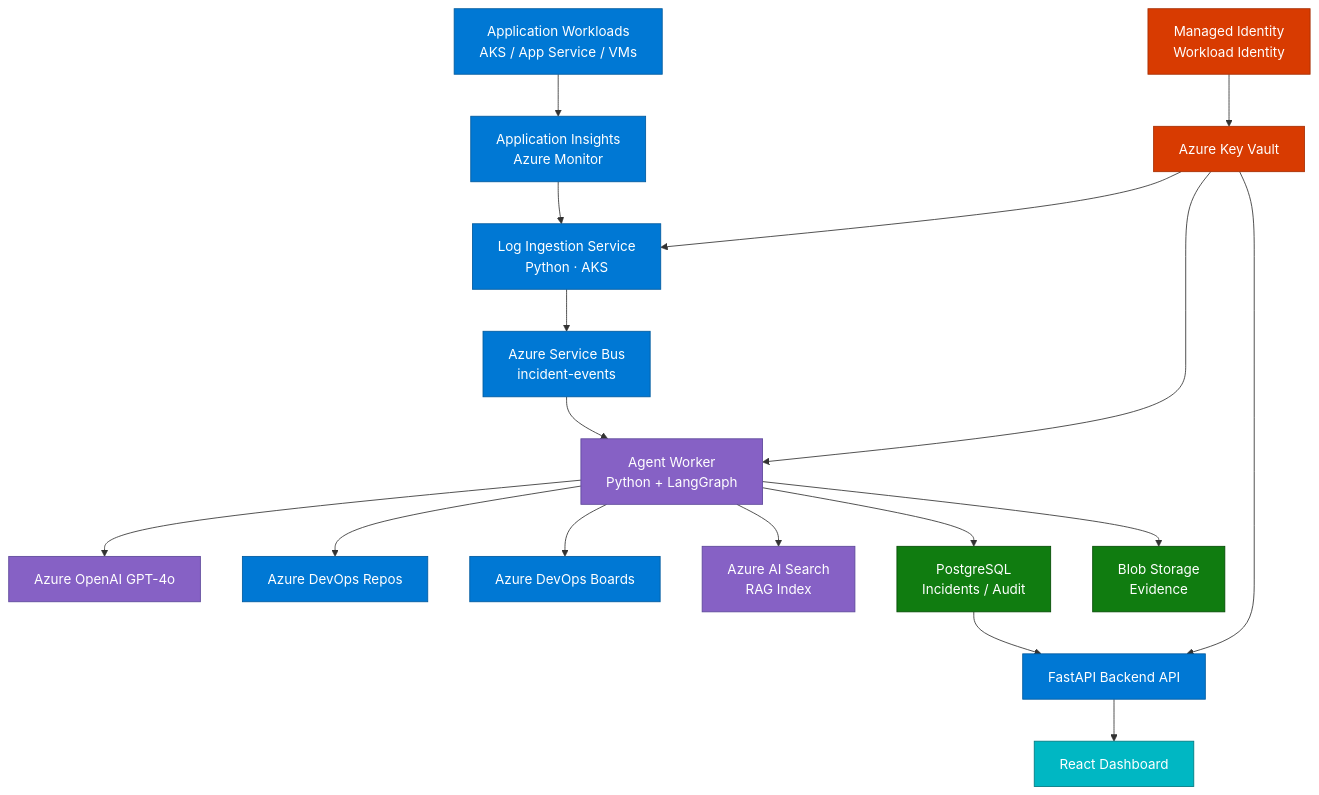
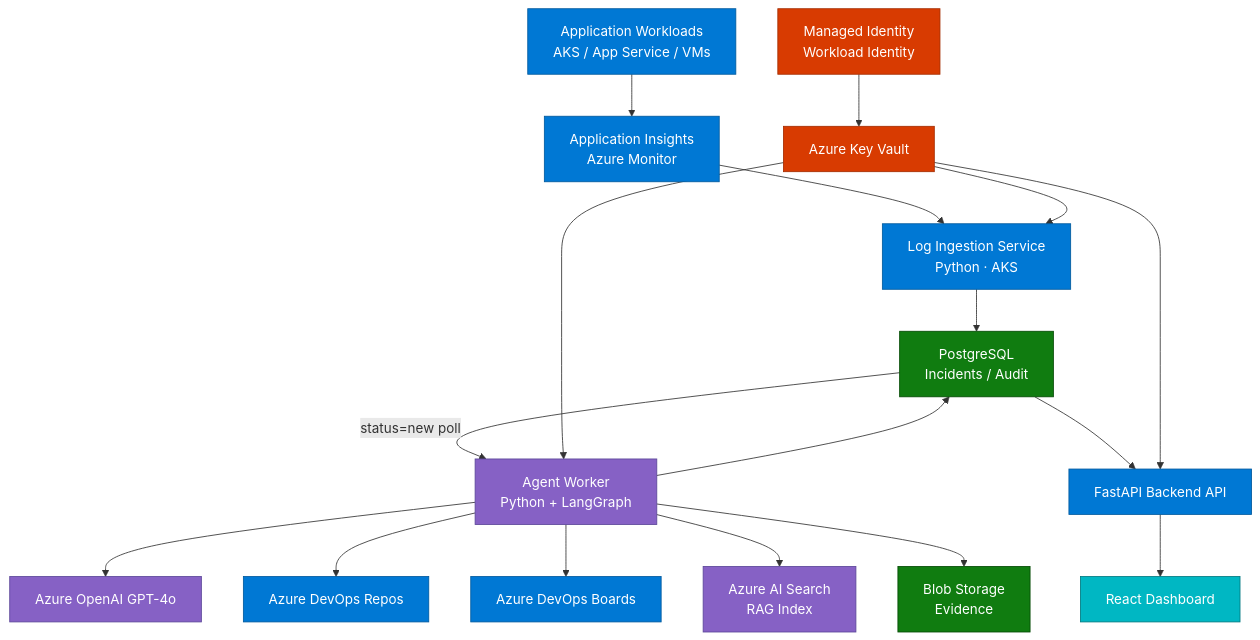
The diagram in README.md (akeesari/remediai), drawn with Mermaid before and after one commit. The commit also changed other lines of this file and 40 other files, not shown here.

Commit message:
docs: automate source-to-site sync for architecture and security docs

````diff
--- a/README.md
+++ b/README.md
@@ -30,30 +30,30 @@
 ```mermaid
 flowchart TD
     classDef azure fill:#0078D4,stroke:#005A9E,color:#fff
     classDef ai fill:#8661C5,stroke:#5C4799,color:#fff
     classDef data fill:#107C10,stroke:#054B05,color:#fff
     classDef ui fill:#00B7C3,stroke:#007A80,color:#fff
     classDef security fill:#D83B01,stroke:#A52D01,color:#fff
 
     A["Application Workloads<br/>AKS / App Service / VMs"]:::azure
     B["Application Insights<br/>Azure Monitor"]:::azure
     C["Log Ingestion Service<br/>Python · AKS"]:::azure
-    D["Azure Service Bus<br/>incident-events"]:::azure
     E["Agent Worker<br/>Python + LangGraph"]:::ai
     F["Azure OpenAI GPT-4o"]:::ai
     G["Azure DevOps Repos"]:::azure
     H["Azure DevOps Boards"]:::azure
     I["Azure AI Search<br/>RAG Index"]:::ai
     J["PostgreSQL<br/>Incidents / Audit"]:::data
     K["Blob Storage<br/>Evidence"]:::data
     L["FastAPI Backend API"]:::azure
     M["React Dashboard"]:::ui
     N["Azure Key Vault"]:::security
     O["Managed Identity<br/>Workload Identity"]:::security
 
-    A --> B --> C --> D --> E
+    A --> B --> C --> J
+    J -->|"status=new poll"| E
     E --> F & G & H & I & J & K
     J --> L --> M
     N --> C & E & L
     O --> N
 ```
````
